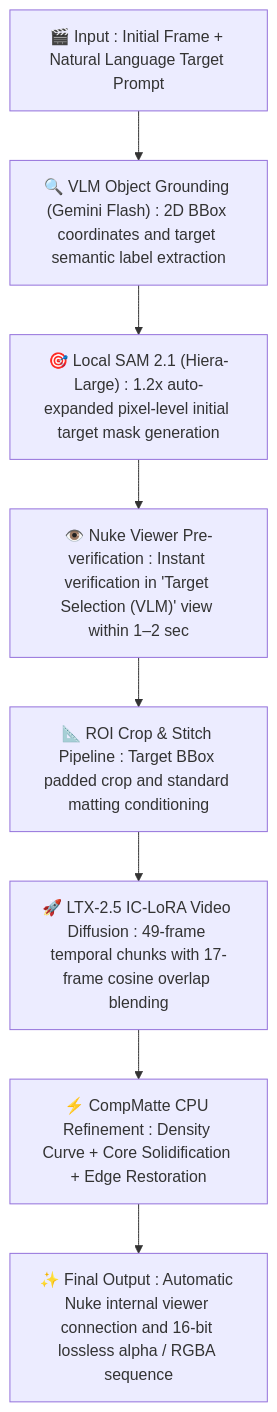
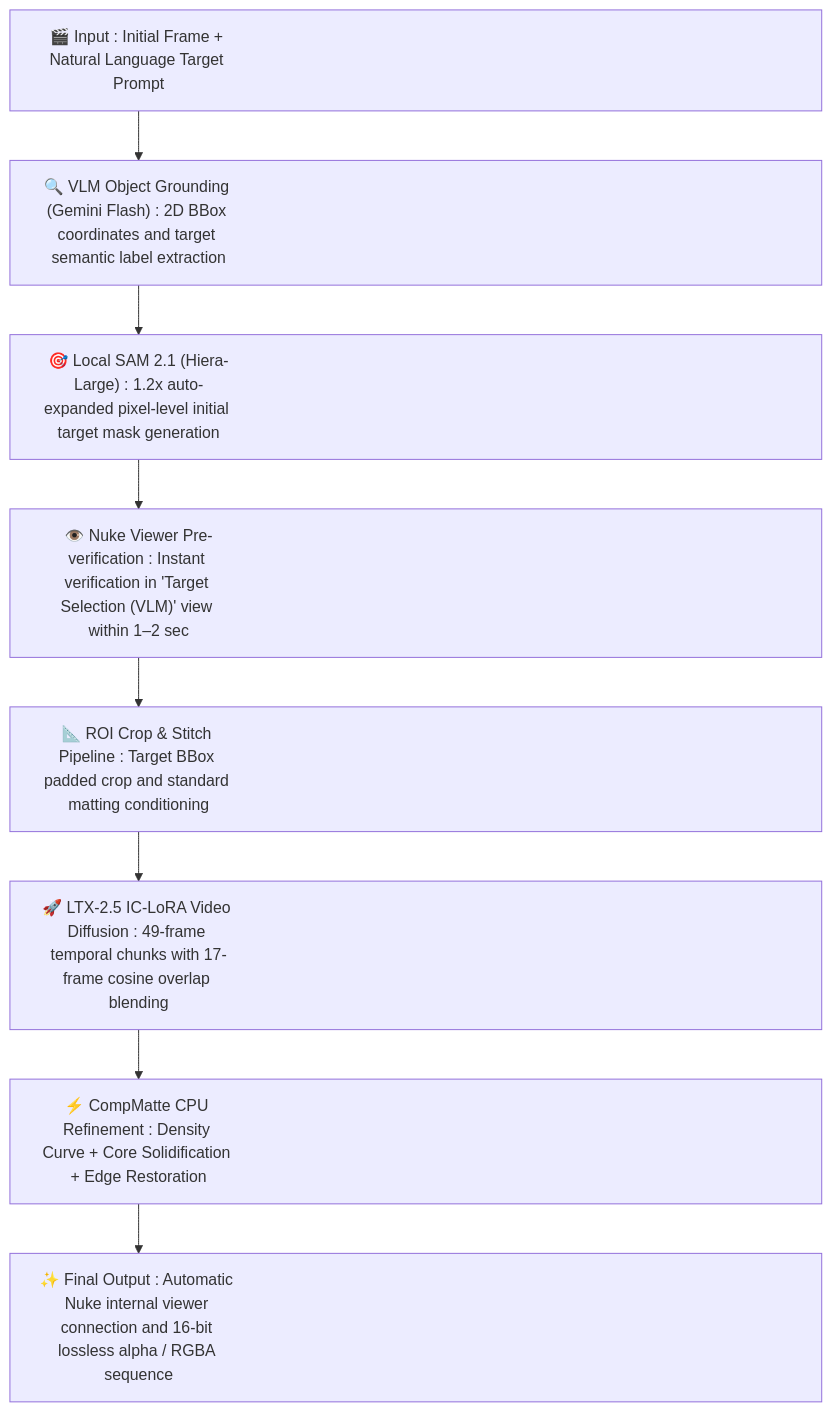
The second of 2 diagrams in README.md (Kiwoo0413/AlphaGen), drawn with Mermaid before and after one commit. The commit also changed other lines of this file, not shown here.

````diff
--- a/README.md
+++ b/README.md
@@ -274,10 +276,12 @@
 ```mermaid
 flowchart TD
+    classDef default width:820px,min-height:45px;
+
     A["🎬 Input : Initial Frame + Natural Language Target Prompt"] --> B["🔍 VLM Object Grounding (Gemini Flash) : 2D BBox coordinates and target semantic label extraction"]
     B --> C["🎯 Local SAM 2.1 (Hiera-Large) : 1.2x auto-expanded pixel-level initial target mask generation"]
     C --> D["👁️ Nuke Viewer Pre-verification : Instant verification in 'Target Selection (VLM)' view within 1–2 sec"]
     D --> E["📐 ROI Crop & Stitch Pipeline : Target BBox padded crop and standard matting conditioning"]
     E --> F["🚀 LTX-2.5 IC-LoRA Video Diffusion : 49-frame temporal chunks with 17-frame cosine overlap blending"]
     F --> G["⚡ CompMatte CPU Refinement : Density Curve + Core Solidification + Edge Restoration"]
     G --> H["✨ Final Output : Automatic Nuke internal viewer connection and 16-bit lossless alpha / RGBA sequence"]
 ```
````
